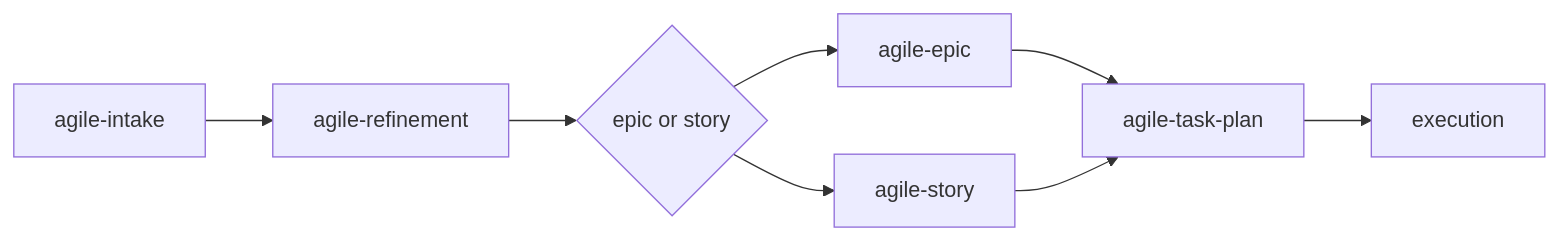
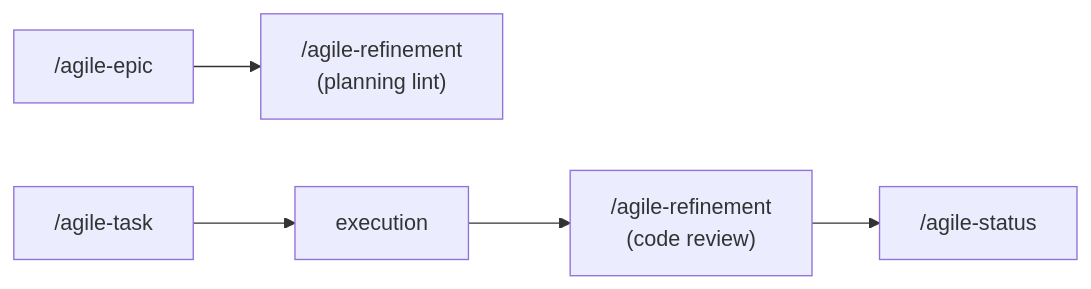
The diagram in skills/agile-refinement/README.md (djalmajr/essential-skills), drawn with Mermaid before and after one commit. The commit also changed other lines of this file and 60 other files, not shown here.

````diff
--- a/skills/agile-refinement/README.md
+++ b/skills/agile-refinement/README.md
@@ -63,10 +61,7 @@
 ```mermaid
 flowchart LR
-    A[agile-intake] --> B[agile-refinement]
-    B --> C{epic or story}
-    C --> D[agile-epic]
-    C --> E[agile-story]
-    D --> F[agile-task-plan]
-    E --> F
-    F --> G[execution]
+    A["/agile-epic"] --> B["/agile-refinement<br>(planning lint)"]
+    C["/agile-task"] --> D[execution]
+    D --> E["/agile-refinement<br>(code review)"]
+    E --> F["/agile-status"]
 ```
````
